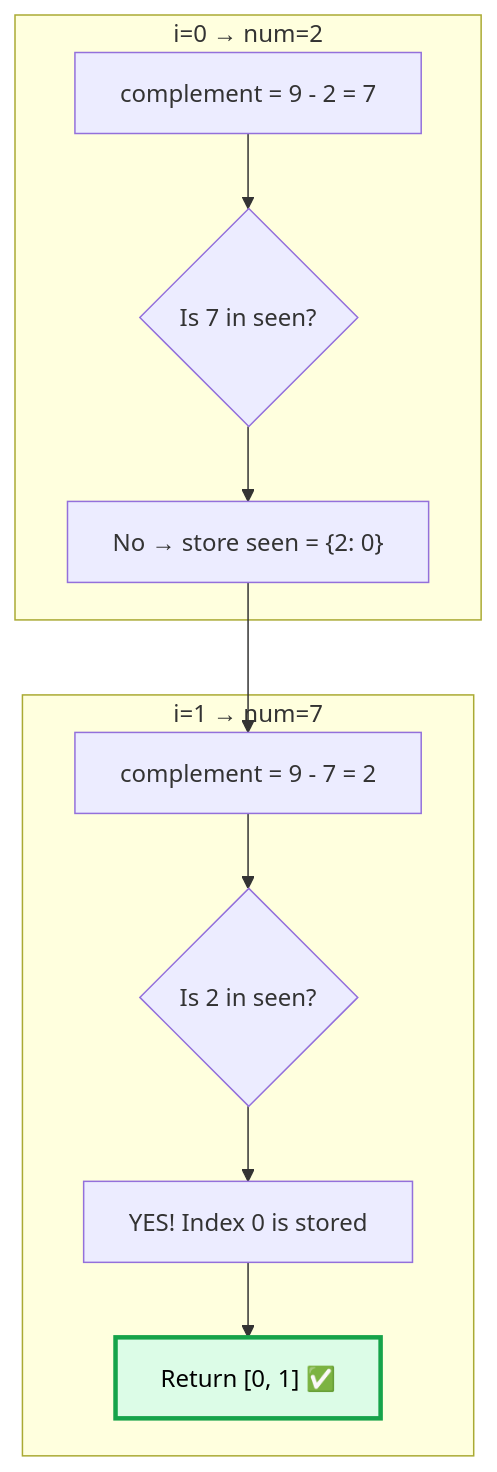
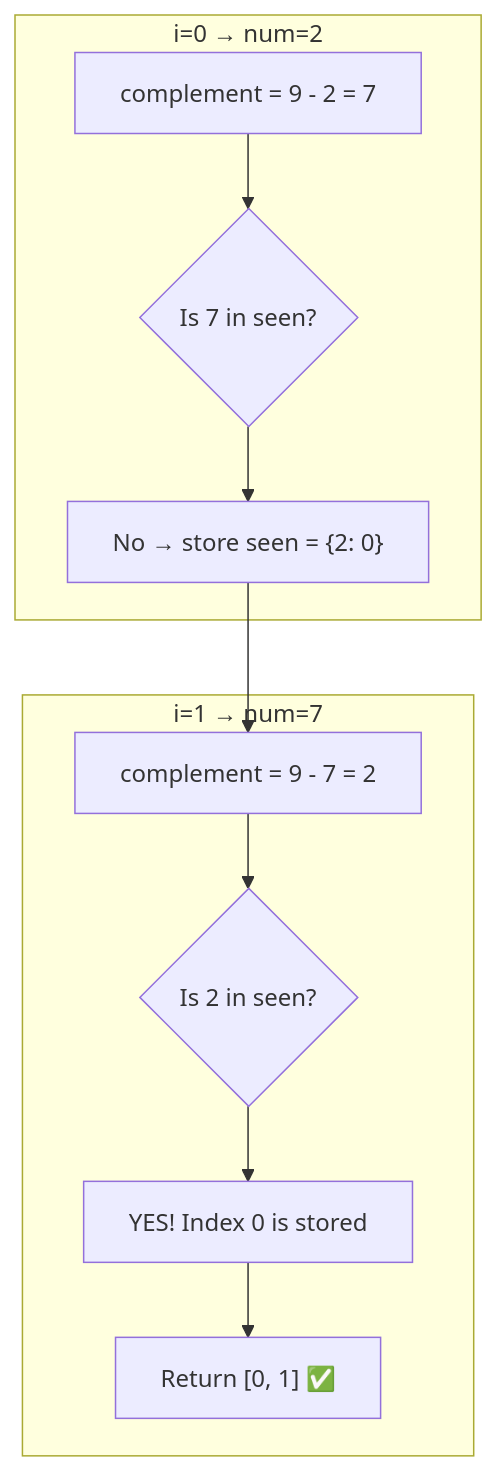
Before and after one commit to M-F-Tushar/LeetCode-Problem-Solving: the tenth of 12 diagrams in 01 - Two Sum/README.md, drawn with Mermaid. The commit also changed other lines of this file and 6 other files, not shown here.

Commit message:
added 06 - Is Subsequence, 07 - Longest Consecutive Sequence

````diff
--- a/01 - Two Sum/README.md
+++ b/01 - Two Sum/README.md
@@ -338,19 +331,18 @@
 ```mermaid
 flowchart TD
     subgraph Step1["i=0 → num=2"]
         A1["complement = 9 - 2 = 7"]
         A2{"Is 7 in seen?"}
         A3["No → store seen = {2: 0}"]
     end
 
     subgraph Step2["i=1 → num=7"]
         B1["complement = 9 - 7 = 2"]
         B2{"Is 2 in seen?"}
         B3["YES! Index 0 is stored"]
         B4["Return [0, 1] ✅"]
     end
 
     A1 --> A2 --> A3 --> B1 --> B2 --> B3 --> B4
 
-    style B4 fill:#dcfce7,stroke:#16a34a,stroke-width:3px,color:#000000
 ```
````
